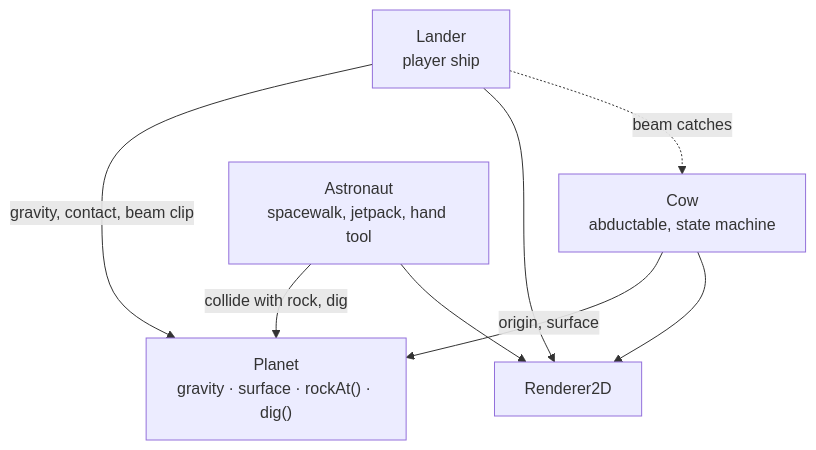
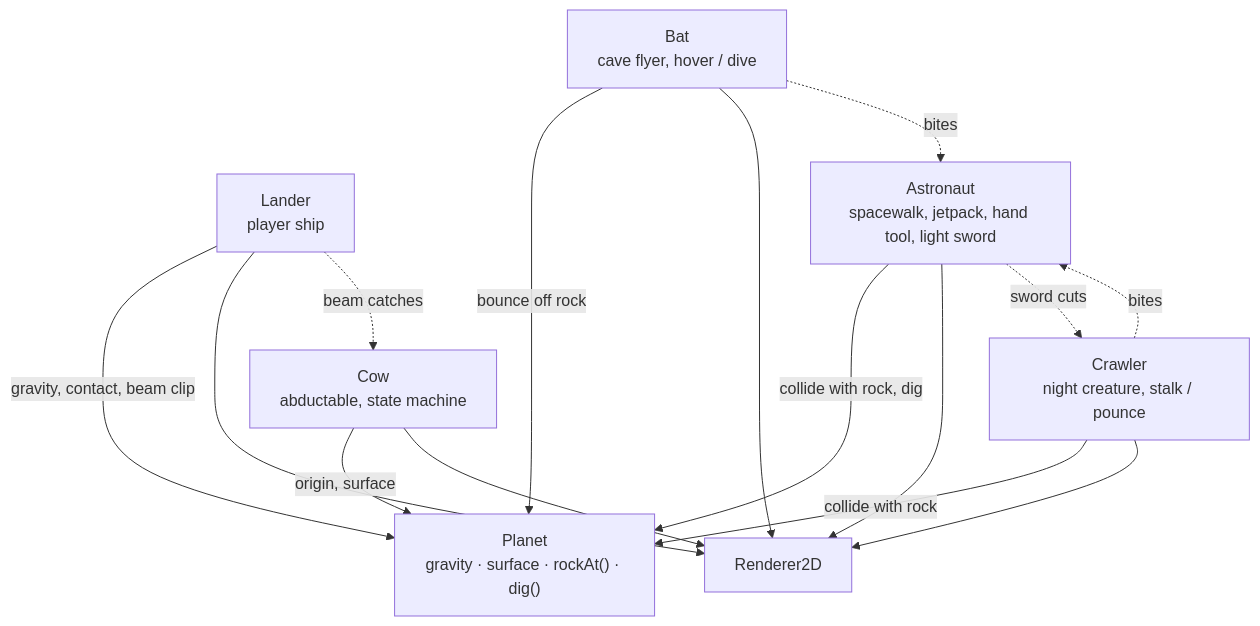
The diagram in docs/architecture/entities.md (keithagroves/visitor), drawn with Mermaid before and after one commit. The commit also changed other lines of this file and 24 other files, not shown here.

````diff
--- a/docs/architecture/entities.md
+++ b/docs/architecture/entities.md
@@ -14,22 +14,33 @@
 ```mermaid
 flowchart TD
     Lander["Lander<br/>player ship"]
     Cow["Cow<br/>abductable, state machine"]
-    Astronaut["Astronaut<br/>spacewalk, jetpack, hand tool"]
+    Astronaut["Astronaut<br/>spacewalk, jetpack, hand tool, light sword"]
+    Crawler["Crawler<br/>night creature, stalk / pounce"]
+    Bat["Bat<br/>cave flyer, hover / dive"]
     Planet["Planet<br/>gravity · surface · rockAt() · dig()"]
     Renderer["Renderer2D"]
 
     Lander -->|gravity, contact, beam clip| Planet
     Cow -->|origin, surface| Planet
     Astronaut -->|collide with rock, dig| Planet
     Lander --> Renderer
     Cow --> Renderer
     Astronaut --> Renderer
+    Crawler -->|collide with rock| Planet
+    Crawler --> Renderer
+    Bat -->|bounce off rock| Planet
+    Bat --> Renderer
+    Bat -. bites .-> Astronaut
     Lander -. beam catches .-> Cow
+    Crawler -. bites .-> Astronaut
+    Astronaut -. sword cuts .-> Crawler
 
     click Lander call navigate("../../src/entities/lander.cpp")
     click Cow call navigate("../../src/entities/cow.cpp")
     click Astronaut call navigate("../../src/entities/astronaut.cpp")
+    click Crawler call navigate("../../src/entities/crawler.cpp")
+    click Bat call navigate("../../src/entities/bat.cpp")
     click Planet call navigate("world.md")
     click Renderer call navigate("graphics.md")
 ```
````
